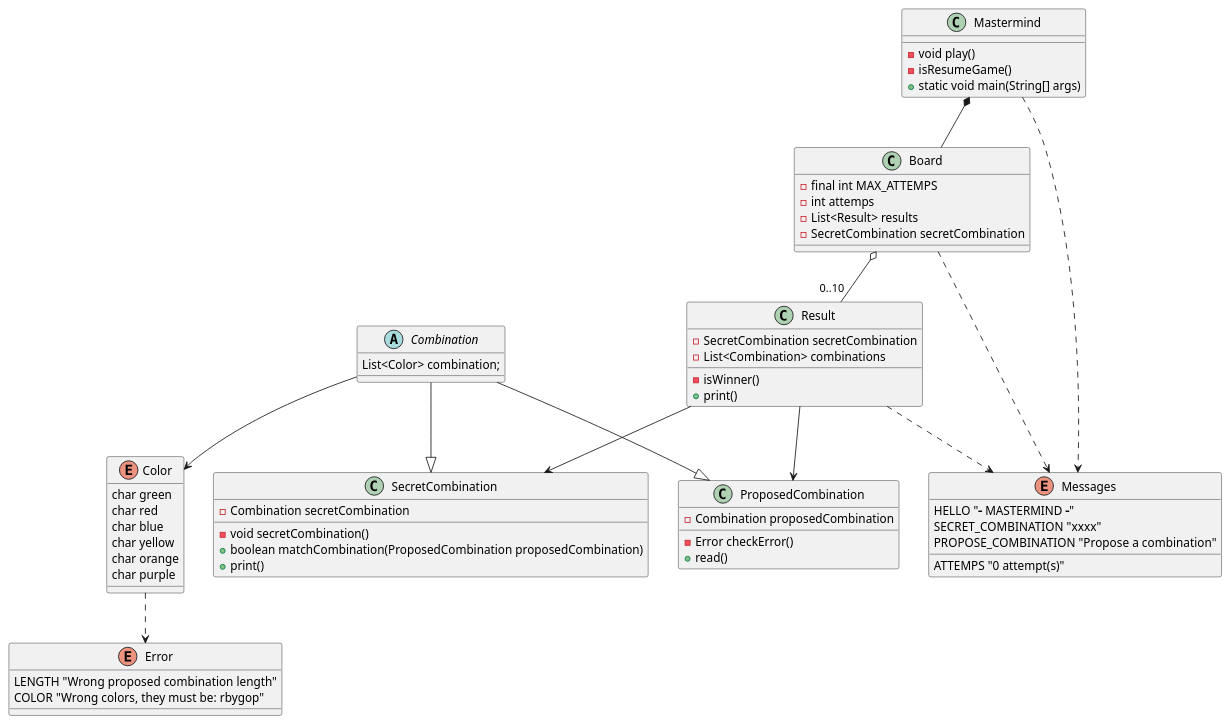
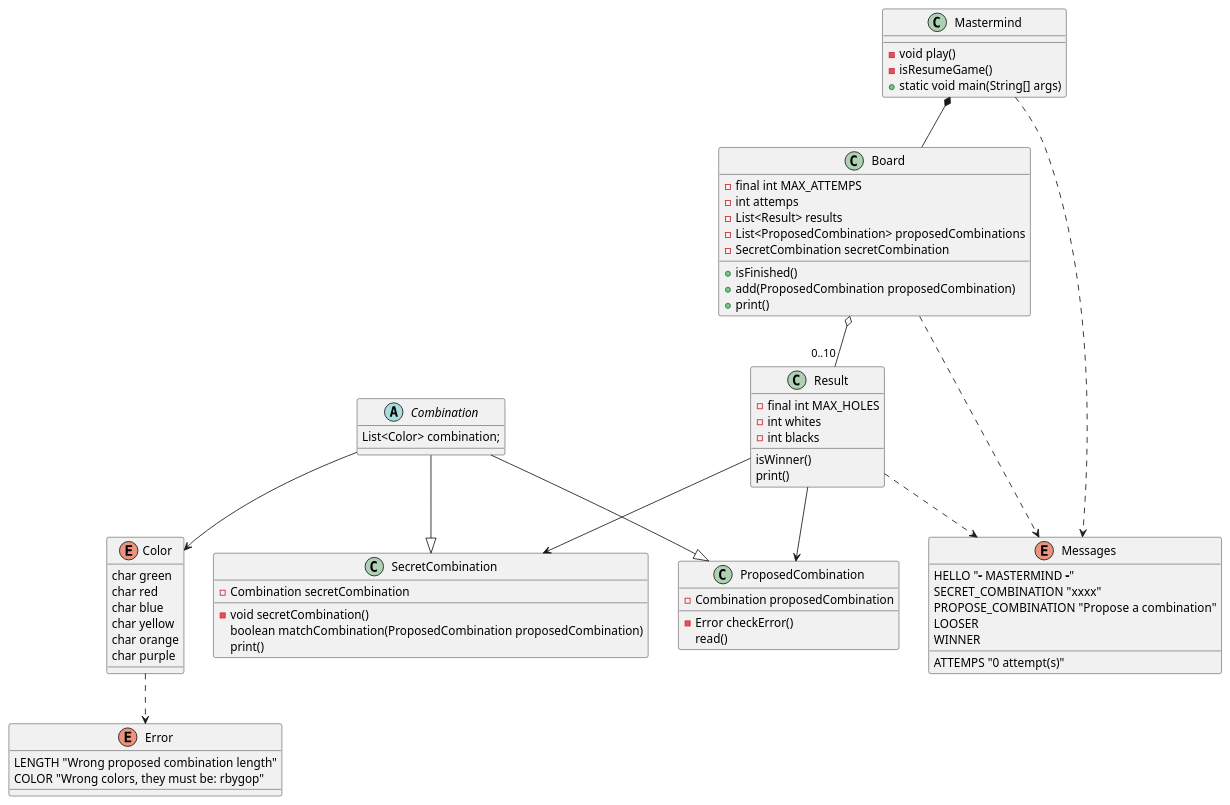
One commit to ivanzm/java-mastermind changed the diagram in docs/clases.puml. Above: the diagram before and after it, drawn with PlantUML.

Commit message:
Updated designClass

```diff
--- a/docs/clases.puml
+++ b/docs/clases.puml
@@ -1,71 +1,77 @@
 @startuml
 
 class Mastermind {
 - void play()
 - isResumeGame()
 + static void main(String[] args)
 }
 
 class Board {
 - final int MAX_ATTEMPS
 - int attemps
 - List<Result> results
+- List<ProposedCombination> proposedCombinations
 - SecretCombination secretCombination
++ isFinished()
++ add(ProposedCombination proposedCombination)
++ print()
 }
 
 abstract class Combination {
 List<Color> combination;
 }
 class SecretCombination {
 - Combination secretCombination
 - void secretCombination()
-+ boolean matchCombination(ProposedCombination proposedCombination)
-+ print()
+boolean matchCombination(ProposedCombination proposedCombination)
+print()
 }
 
 class ProposedCombination {
 - Combination proposedCombination
 - Error checkError()
-+ read()
+read()
 }
 
 class Result {
-- SecretCombination secretCombination
-- List<Combination> combinations
-- isWinner()
-+ print()
+- final int MAX_HOLES
+- int whites
+- int blacks
+isWinner()
+print()
 }
 
 enum Messages{
 HELLO "----- MASTERMIND -----"
 ATTEMPS "0 attempt(s)"
 SECRET_COMBINATION "xxxx"
 PROPOSE_COMBINATION "Propose a combination"
-
+LOOSER
+WINNER
 }
 enum Color {
 char green
 char red
 char blue
 char yellow
 char orange
 char purple
 }
 enum Error {
 LENGTH "Wrong proposed combination length"
 COLOR "Wrong colors, they must be: rbygop"
 }
 
 Mastermind *-- Board
 Board o-- "0..10" Result
 Combination --|> SecretCombination
 Combination --|> ProposedCombination
 Result --> SecretCombination
 Result --> ProposedCombination
 Combination --> Color
 Mastermind ..> Messages
 Board ..> Messages
 Result ..> Messages
 Color ..> Error
 
 @enduml
```
